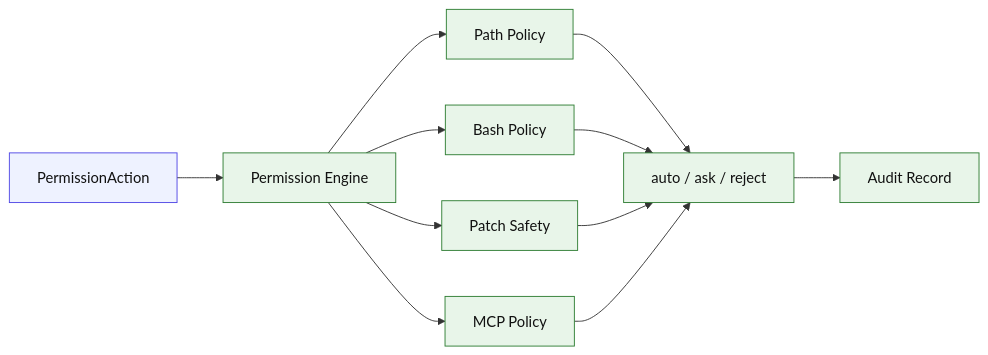
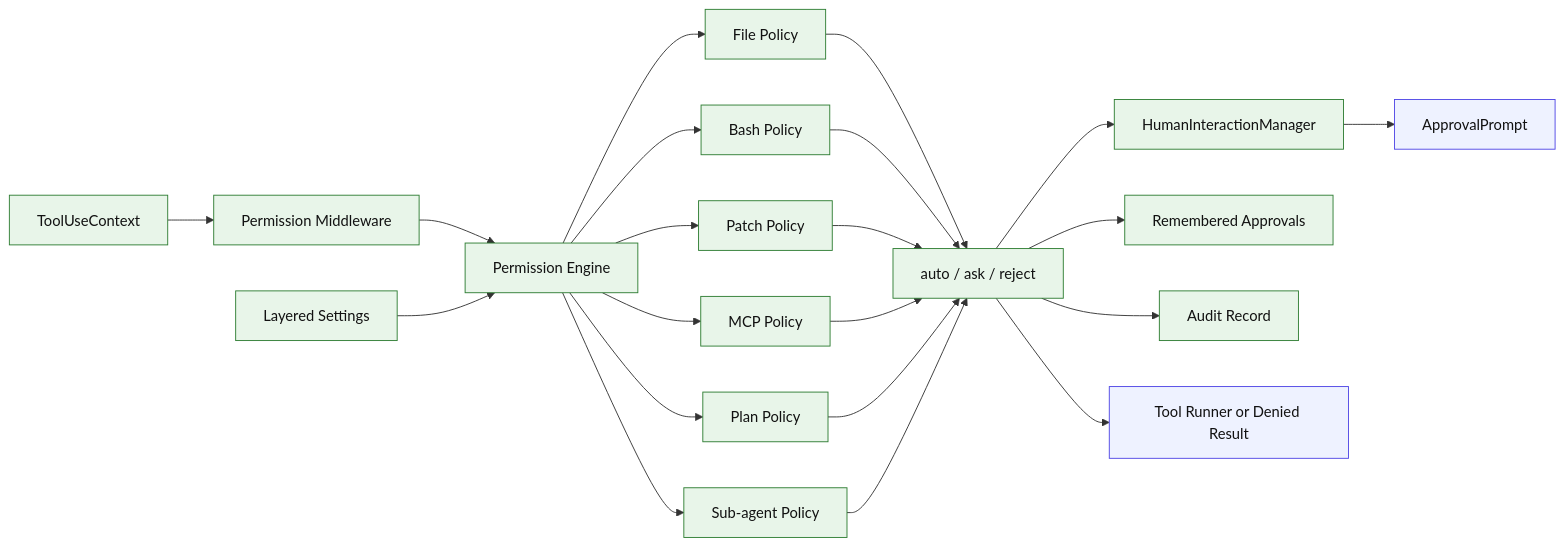
The diagram in code-agent-roadmap/architecture/diagrams/stage-12.md (1330482928/kai-code-agent), drawn with Mermaid before and after one commit. The commit also changed 41 other files, not shown here.

Commit message:
docs(roadmap): refresh staged agent roadmap

````diff
--- a/code-agent-roadmap/architecture/diagrams/stage-12.md
+++ b/code-agent-roadmap/architecture/diagrams/stage-12.md
@@ -3,18 +3,28 @@
 ```mermaid
 flowchart LR
-  Action["PermissionAction"] --> Engine["Permission Engine"]
-  Engine --> Path["Path Policy"]
+  ToolUse["ToolUseContext"] --> MW["Permission Middleware"]
+  MW --> Engine["Permission Engine"]
+  Settings["Layered Settings"] --> Engine
+  Engine --> File["File Policy"]
   Engine --> Bash["Bash Policy"]
-  Engine --> Patch["Patch Safety"]
+  Engine --> Patch["Patch Policy"]
   Engine --> MCP["MCP Policy"]
-  Path --> Decision["auto / ask / reject"]
+  Engine --> Plan["Plan Policy"]
+  Engine --> Sub["Sub-agent Policy"]
+  File --> Decision["auto / ask / reject"]
   Bash --> Decision
   Patch --> Decision
   MCP --> Decision
+  Plan --> Decision
+  Sub --> Decision
+  Decision --> Manager["HumanInteractionManager"]
+  Manager --> Approval["ApprovalPrompt"]
+  Decision --> Remember["Remembered Approvals"]
   Decision --> Audit["Audit Record"]
+  Decision --> Tool["Tool Runner or Denied Result"]
 
   classDef existing fill:#eef2ff,stroke:#4f46e5,color:#111;
   classDef new fill:#e8f5e9,stroke:#2e7d32,color:#111;
-  class Action existing;
-  class Engine,Path,Bash,Patch,MCP,Decision,Audit new;
+  class Approval,Tool existing;
+  class ToolUse,MW,Settings,Engine,File,Bash,Patch,MCP,Plan,Sub,Decision,Manager,Remember,Audit new;
 ```
````
